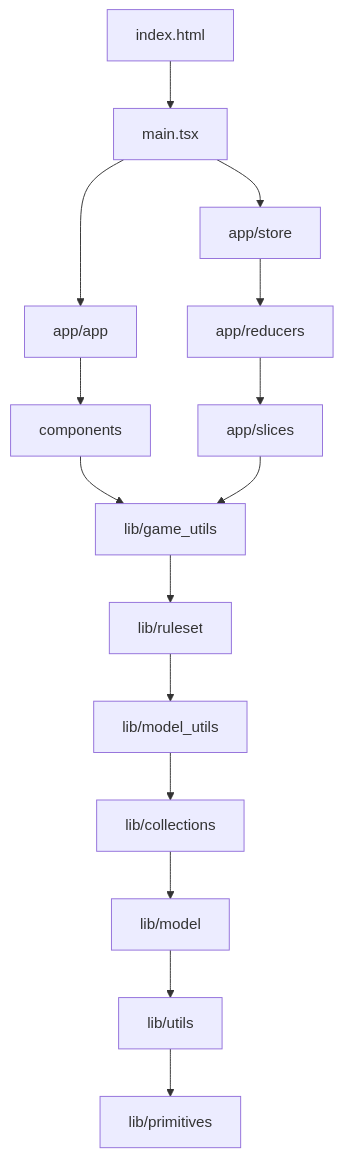
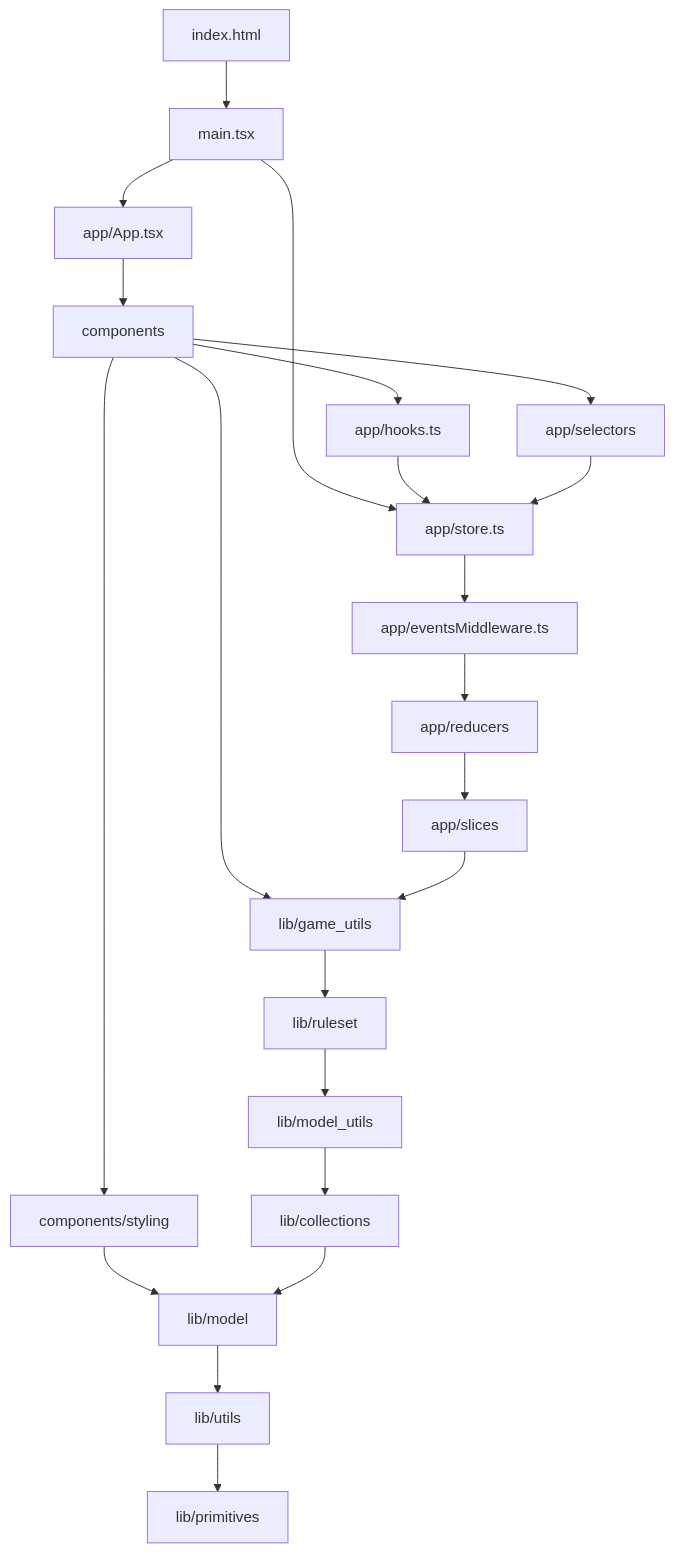
The diagram in docs/design/about_code_dependencies.md (konrad-jamrozik/game-ts), drawn with Mermaid before and after one commit. The commit also changed other lines of this file and 12 other files, not shown here.

````diff
--- a/docs/design/about_code_dependencies.md
+++ b/docs/design/about_code_dependencies.md
@@ -42,17 +43,24 @@
 ```mermaid
 graph TD
     IndexH[index.html] --> MainTs[main.tsx]
-    MainTs --> AppApp[app/app]
-    MainTs --> AppStr[app/store]
+    MainTs --> AppApp[app/App.tsx]
+    MainTs --> AppStr[app/store.ts]
     AppApp --> Comp__[components]
-    AppStr --> AppRed[app/reducers]
+    AppStr --> AppEvt[app/eventsMiddleware.ts]
+    AppEvt --> AppRed[app/reducers]
+    Comp__ --> AppHook[app/hooks.ts]
+    Comp__ --> AppSel[app/selectors]
+    Comp__ --> CompSt[components/styling]
     Comp__ --> LibGam[lib/game_utils]
+    AppHook --> AppStr[app/store.ts]
+    AppSel --> AppStr[app/store.ts]
     AppRed --> AppSli[app/slices]
     AppSli --> LibGam
+    CompSt --> LibMod[lib/model]
     LibGam --> LibRul[lib/ruleset]
     LibRul --> LibMUt[lib/model_utils]
     LibMUt --> LibCol[lib/collections]
     LibCol --> LibMod[lib/model]
     LibMod --> LibUti[lib/utils]
     LibUti --> LibPri[lib/primitives]
 ```
````
